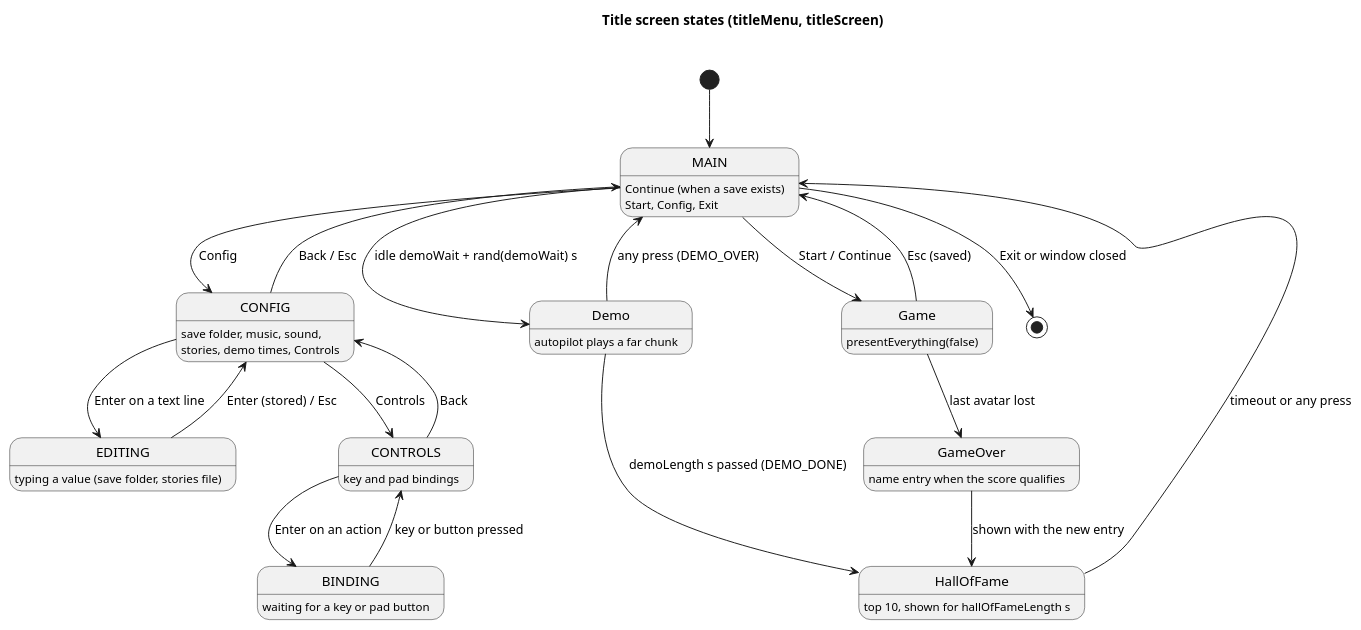
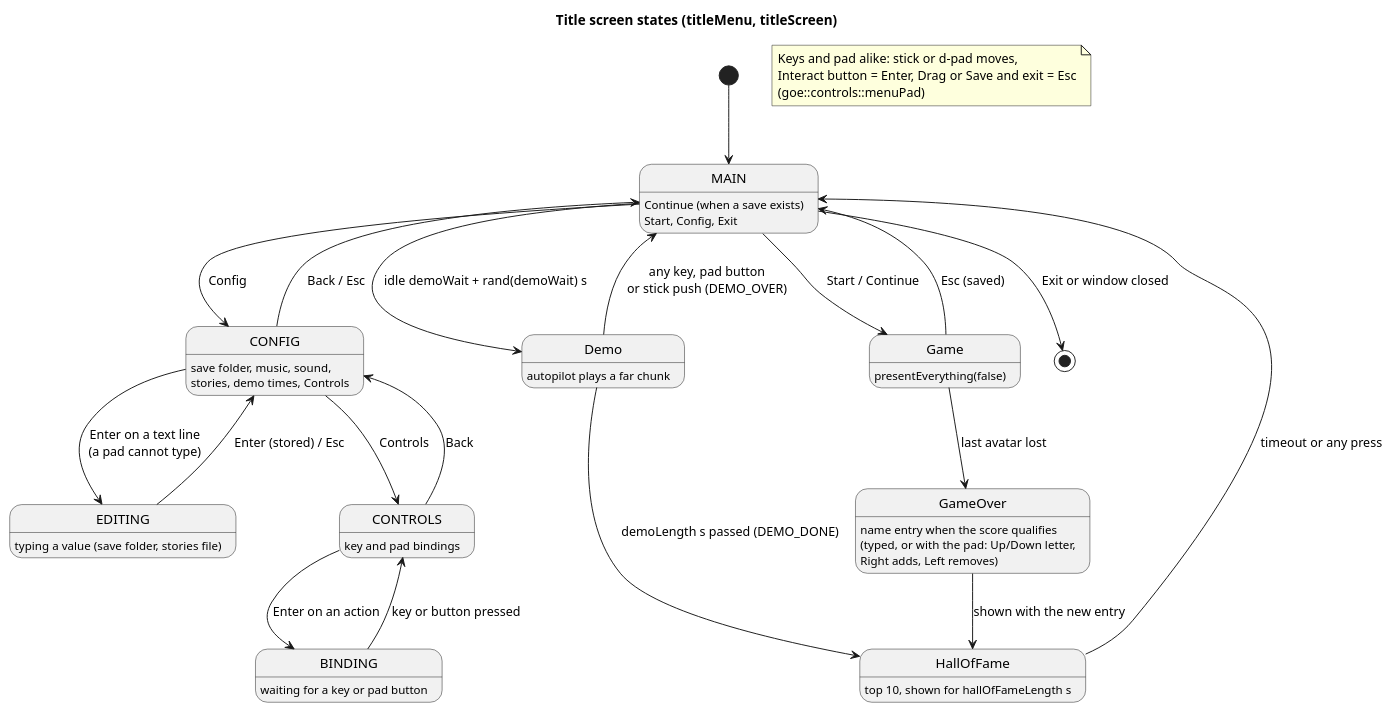
One commit to arielkonopka/Gardens-of-Eris changed the diagram in docs/diagrams/11-title-menu-states.puml. Above: the diagram before and after it, drawn with PlantUML. The commit also changed 33 other files, not shown here.

First line of the commit message:
Class docs in docs/classes, diagrams brought up to date, old documents removed

```diff
--- a/docs/diagrams/11-title-menu-states.puml
+++ b/docs/diagrams/11-title-menu-states.puml
@@ -1,31 +1,32 @@
 @startuml
 title Title screen states (titleMenu, titleScreen)
 [*] --> MAIN
+note "Keys and pad alike: stick or d-pad moves,\nInteract button = Enter, Drag or Save and exit = Esc\n(goe::controls::menuPad)" as padNote
 state MAIN : Continue (when a save exists)\nStart, Config, Exit
 state CONFIG : save folder, music, sound,\nstories, demo times, Controls
 state EDITING : typing a value (save folder, stories file)
 state CONTROLS : key and pad bindings
 state BINDING : waiting for a key or pad button
 state Demo : autopilot plays a far chunk
 state HallOfFame : top 10, shown for hallOfFameLength s
 state Game : presentEverything(false)
-state GameOver : name entry when the score qualifies
+state GameOver : name entry when the score qualifies\n(typed, or with the pad: Up/Down letter,\nRight adds, Left removes)
 
 MAIN --> CONFIG : Config
 CONFIG --> MAIN : Back / Esc
-CONFIG --> EDITING : Enter on a text line
+CONFIG --> EDITING : Enter on a text line\n(a pad cannot type)
 EDITING --> CONFIG : Enter (stored) / Esc
 CONFIG --> CONTROLS : Controls
 CONTROLS --> BINDING : Enter on an action
 BINDING --> CONTROLS : key or button pressed
 CONTROLS --> CONFIG : Back
 MAIN --> Demo : idle demoWait + rand(demoWait) s
-Demo --> MAIN : any press (DEMO_OVER)
+Demo --> MAIN : any key, pad button\nor stick push (DEMO_OVER)
 Demo --> HallOfFame : demoLength s passed (DEMO_DONE)
 HallOfFame --> MAIN : timeout or any press
 MAIN --> Game : Start / Continue
 Game --> MAIN : Esc (saved)
 Game --> GameOver : last avatar lost
 GameOver --> HallOfFame : shown with the new entry
 MAIN --> [*] : Exit or window closed
 @enduml
```
